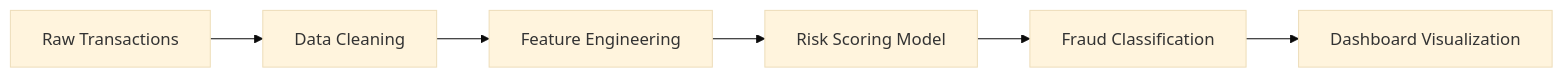
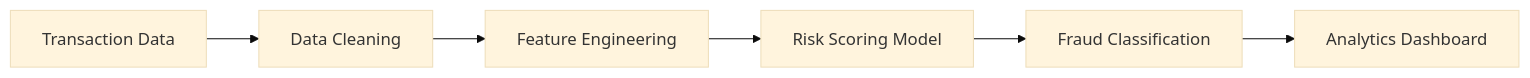
One commit to ppspoornesh/ppspoornesh changed the third of 3 diagrams in README.md. Above: the diagram before and after it, drawn with Mermaid (base theme). The commit also changed other lines of this file, not shown here.

````diff
--- a/README.md
+++ b/README.md
@@ -112,8 +94,8 @@
 ```mermaid
 flowchart LR
-A[Raw Transactions] --> B[Data Cleaning]
+A[Transaction Data] --> B[Data Cleaning]
 B --> C[Feature Engineering]
 C --> D[Risk Scoring Model]
 D --> E[Fraud Classification]
-E --> F[Dashboard Visualization]
+E --> F[Analytics Dashboard]
 ```
````
